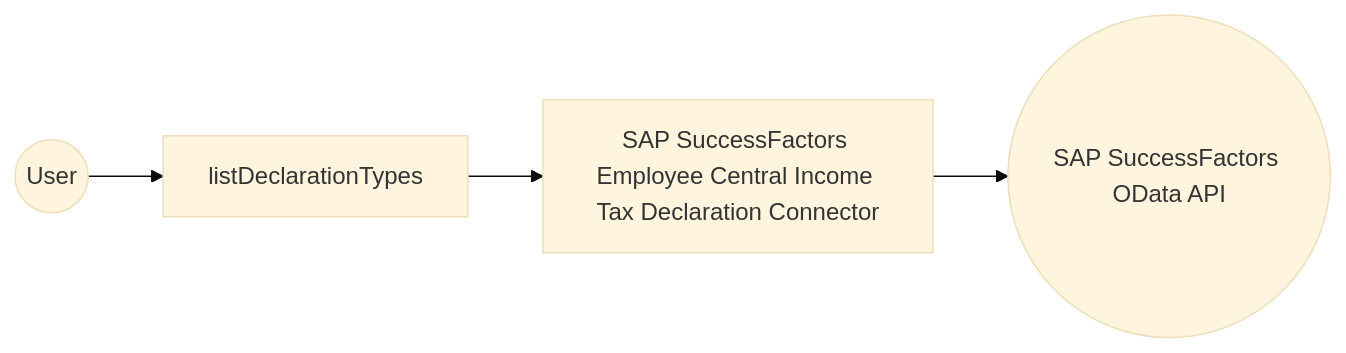
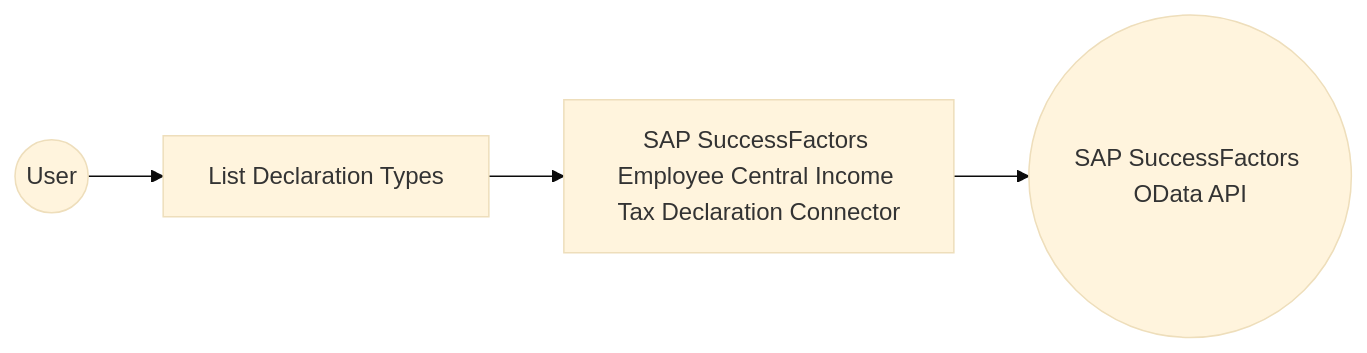
One commit to wso2/docs-integrator changed the diagram in en/docs/connectors/catalog/hrms/sap.successfactors.ecincometaxdeclaration/example.md. Above: the diagram before and after it, drawn with Mermaid (base theme). The commit also changed other lines of this file and 6 other files, not shown here.

````diff
--- a/en/docs/connectors/catalog/hrms/sap.successfactors.ecincometaxdeclaration/example.md
+++ b/en/docs/connectors/catalog/hrms/sap.successfactors.ecincometaxdeclaration/example.md
@@ -12,6 +12,6 @@
 ```mermaid
 flowchart LR
-    A((User)) --> B[listDeclarationTypes]
+    A((User)) --> B[List Declaration Types]
     B --> C[SAP SuccessFactors Employee Central Income Tax Declaration Connector]
     C --> D((SAP SuccessFactors OData API))
 ```
````
